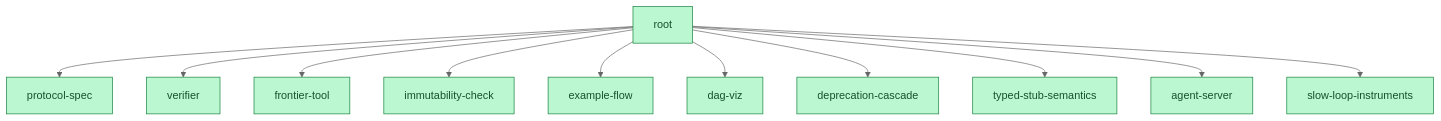
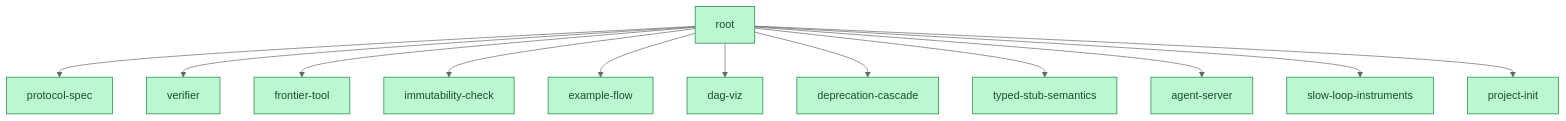
One commit to shitianfang/build2me changed the diagram in README.zh-CN.md. Above: the diagram before and after it, drawn with Mermaid (neutral theme). The commit also changed other lines of this file and 7 other files, not shown here.

First line of the commit message:
project-init + README rewrite: make the protocol usable on your own project

````diff
--- a/README.zh-CN.md
+++ b/README.zh-CN.md
@@ -8,25 +8,27 @@
 ```mermaid
 graph TD
   root["root"]:::done
   protocol_spec["protocol-spec"]:::done
   verifier["verifier"]:::done
   frontier_tool["frontier-tool"]:::done
   immutability_check["immutability-check"]:::done
   example_flow["example-flow"]:::done
   dag_viz["dag-viz"]:::done
   deprecation_cascade["deprecation-cascade"]:::done
   typed_stub_semantics["typed-stub-semantics"]:::done
   agent_server["agent-server"]:::done
   slow_loop_instruments["slow-loop-instruments"]:::done
+  project_init["project-init"]:::done
   root --> protocol_spec
   root --> verifier
   root --> frontier_tool
   root --> immutability_check
   root --> example_flow
   root --> dag_viz
   root --> deprecation_cascade
   root --> typed_stub_semantics
   root --> agent_server
   root --> slow_loop_instruments
+  root --> project_init
   classDef done fill:#bbf7d0,stroke:#15803d,color:#14532d
 ```
````
